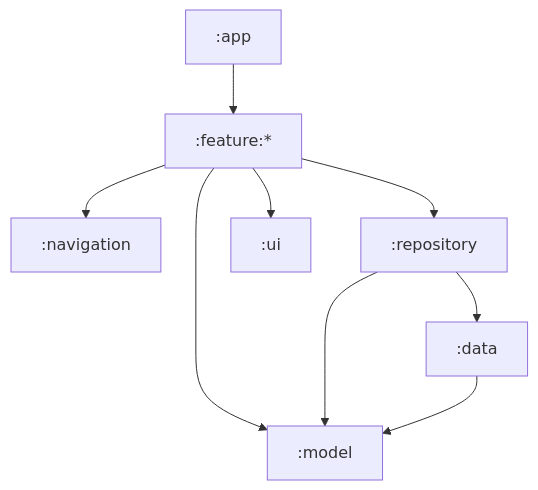
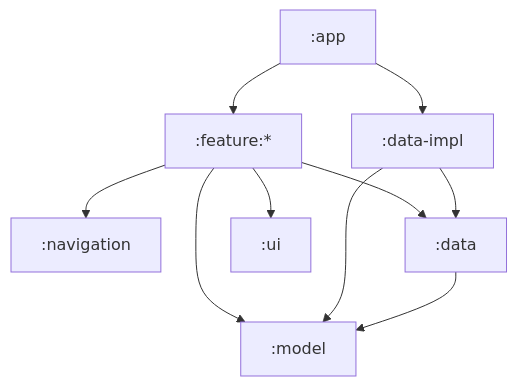
Before and after one commit to NUmeroAndDev/DagashiApp-android: the diagram in README.md, drawn with Mermaid.

Commit message:
Updated module graph

````diff
--- a/README.md
+++ b/README.md
@@ -11,11 +11,12 @@
 ```mermaid
   graph TD;
       :app-->:feature:*;
+      :app-->:data-impl;
       :feature:*-->:navigation;
-      :feature:*-->:repository;
+      :feature:*-->:data;
       :feature:*-->:model;
       :feature:*-->:ui;
-      :repository-->:model;
-      :repository-->:data;
+      :data-impl-->:data;
+      :data-impl-->:model;
       :data-->:model;
 ```
````
